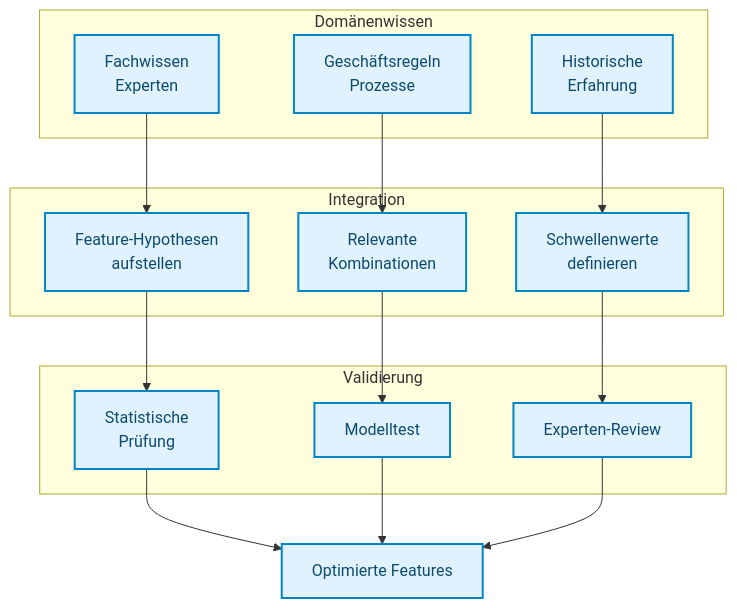
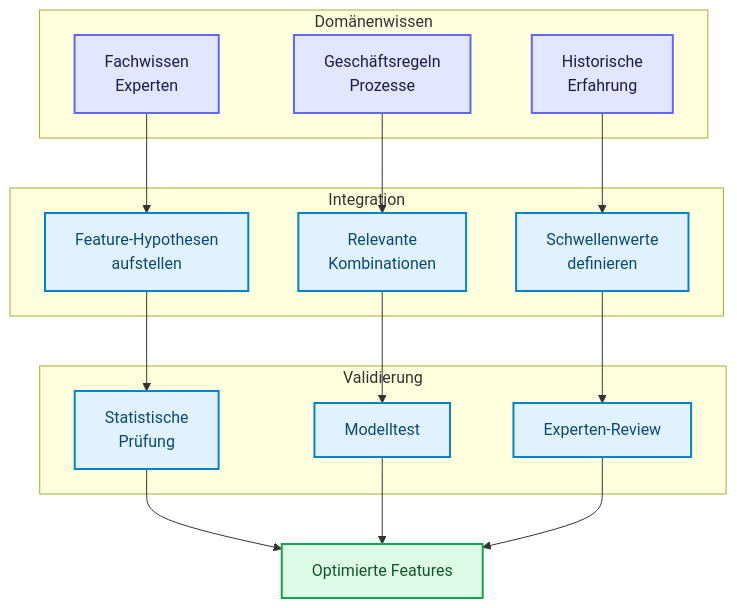
Before and after one commit to ralf-42/ML_Intro: the third of 4 diagrams in docs/concepts/prepare/feature-engineering.md, drawn with Mermaid. The commit also changed other lines of this file and 49 other files, not shown here.

````diff
--- a/docs/concepts/prepare/feature-engineering.md
+++ b/docs/concepts/prepare/feature-engineering.md
@@ -601,34 +611,39 @@
 ```mermaid
 flowchart TB
     subgraph Domain["Domänenwissen"]
         A[Fachwissen<br/>Experten]
         B[Geschäftsregeln<br/>Prozesse]
         C[Historische<br/>Erfahrung]
     end
     
     subgraph Integration["Integration"]
         D[Feature-Hypothesen<br/>aufstellen]
         E[Relevante<br/>Kombinationen]
         F[Schwellenwerte<br/>definieren]
     end
     
     subgraph Validation["Validierung"]
         G[Statistische<br/>Prüfung]
         H[Modelltest]
         I[Experten-Review]
     end
     
     A --> D
     B --> E
     C --> F
     
     D --> G
     E --> H
     F --> I
     
     G --> J[Optimierte Features]
     H --> J
     I --> J
 
     classDef default fill:#e0f2fe,stroke:#0284c7,stroke-width:2px,color:#0c4a6e;
+    classDef input fill:#e0e7ff,stroke:#6366f1,stroke-width:2px,color:#1e1b4b;
+    classDef output fill:#dcfce7,stroke:#16a34a,stroke-width:2px,color:#14532d;
+
+    class A,B,C input;
+    class J output;
 ```
````
